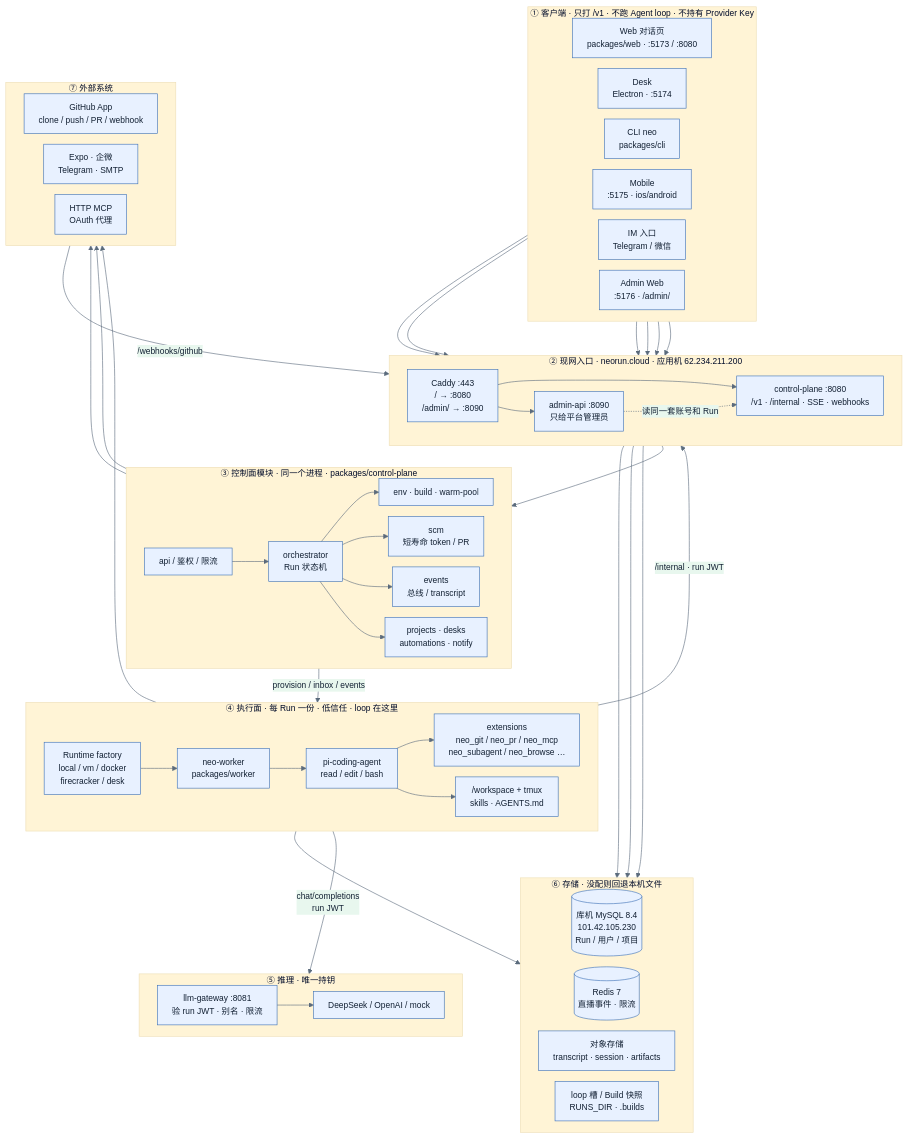
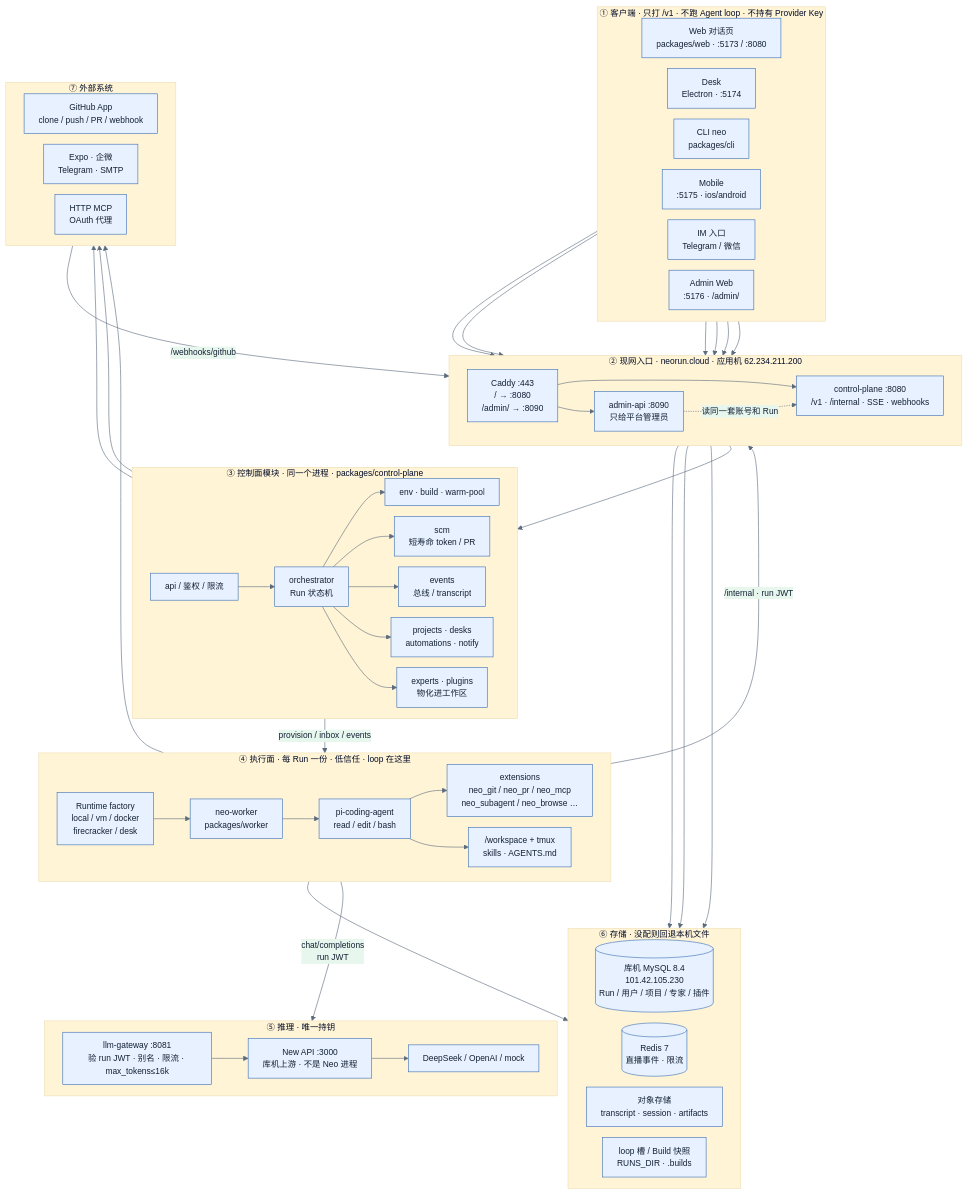
Before and after one commit to Neo2Agent/neo-cloud-agent: the diagram in docs/diagrams/architecture-complete.mmd, drawn with Mermaid. The commit also changed 7 other files, not shown here.

First line of the commit message:
Refresh architecture overview against current main.

```diff
--- a/docs/diagrams/architecture-complete.mmd
+++ b/docs/diagrams/architecture-complete.mmd
@@ -1,127 +1,131 @@
 %%{init: {
   "theme": "base",
   "themeVariables": {
     "fontFamily": "ui-sans-serif, system-ui, sans-serif",
     "fontSize": "14px",
     "primaryColor": "#e8f1ff",
     "primaryTextColor": "#122033",
     "primaryBorderColor": "#3b6fb6",
     "lineColor": "#5b6b7c",
     "secondaryColor": "#e8f7ee",
     "tertiaryColor": "#fff4d6"
   },
   "flowchart": {
     "curve": "basis",
     "nodeSpacing": 18,
     "rankSpacing": 36,
     "padding": 12,
     "htmlLabels": true
   }
 }}%%
 flowchart TB
   %% ── 客户端 ──
   subgraph clients["① 客户端 · 只打 /v1 · 不跑 Agent loop · 不持有 Provider Key"]
     direction LR
     Web["Web 对话页<br/>packages/web · :5173 / :8080"]
     Desk["Desk<br/>Electron · :5174"]
     CLI["CLI neo<br/>packages/cli"]
     Mobile["Mobile<br/>:5175 · ios/android"]
     IM["IM 入口<br/>Telegram / 微信"]
     AdminWeb["Admin Web<br/>:5176 · /admin/"]
   end
 
   %% ── 入口 ──
   subgraph edge["② 现网入口 · neorun.cloud · 应用机 62.234.211.200"]
     direction LR
     Caddy["Caddy :443<br/>/ → :8080<br/>/admin/ → :8090"]
     CP["control-plane :8080<br/>/v1 · /internal · SSE · webhooks"]
     AdminAPI["admin-api :8090<br/>只给平台管理员"]
   end
 
   %% ── 控制面模块 ──
   subgraph control["③ 控制面模块 · 同一个进程 · packages/control-plane"]
     direction LR
     API["api / 鉴权 / 限流"]
     Orch["orchestrator<br/>Run 状态机"]
     Env["env · build · warm-pool"]
     SCM["scm<br/>短寿命 token / PR"]
     Events["events<br/>总线 / transcript"]
     Collab["projects · desks<br/>automations · notify"]
+    Catalog["experts · plugins<br/>物化进工作区"]
   end
 
   %% ── 执行面 ──
   subgraph exec["④ 执行面 · 每 Run 一份 · 低信任 · loop 在这里"]
     direction LR
     Runtime["Runtime factory<br/>local / vm / docker<br/>firecracker / desk"]
     Worker["neo-worker<br/>packages/worker"]
     Pi["pi-coding-agent<br/>read / edit / bash"]
     Ext["extensions<br/>neo_git / neo_pr / neo_mcp<br/>neo_subagent / neo_browse …"]
     WS["/workspace + tmux<br/>skills · AGENTS.md"]
   end
 
   %% ── 推理 ──
   subgraph llm["⑤ 推理 · 唯一持钥"]
     direction LR
-    GW["llm-gateway :8081<br/>验 run JWT · 别名 · 限流"]
+    GW["llm-gateway :8081<br/>验 run JWT · 别名 · 限流 · max_tokens≤16k"]
+    NewAPI["New API :3000<br/>库机上游 · 不是 Neo 进程"]
     Provider["DeepSeek / OpenAI / mock"]
   end
 
   %% ── 存储 ──
   subgraph store["⑥ 存储 · 没配则回退本机文件"]
     direction LR
-    MySQL[("库机 MySQL 8.4<br/>101.42.105.230<br/>Run / 用户 / 项目")]
+    MySQL[("库机 MySQL 8.4<br/>101.42.105.230<br/>Run / 用户 / 项目 / 专家 / 插件")]
     Redis[("Redis 7<br/>直播事件 · 限流")]
     Objects["对象存储<br/>transcript · session · artifacts"]
     Slots["loop 槽 / Build 快照<br/>RUNS_DIR · .builds"]
   end
 
   %% ── 外部 ──
   subgraph ext["⑦ 外部系统"]
     direction LR
     GitHub["GitHub App<br/>clone / push / PR / webhook"]
     Push["Expo · 企微<br/>Telegram · SMTP"]
     MCP["HTTP MCP<br/>OAuth 代理"]
   end
 
   %% 客户端 → 入口
   Web --> Caddy
   AdminWeb --> Caddy
   Desk --> CP
   CLI --> CP
   Mobile --> CP
   IM --> CP
   Caddy --> CP
   Caddy --> AdminAPI
   AdminAPI -.->|"读同一套账号和 Run"| CP
 
   %% 控制面内部
   CP --> API
   API --> Orch
   Orch --> Env
   Orch --> SCM
   Orch --> Events
   Orch --> Collab
+  Orch --> Catalog
 
   %% 编排 → 执行
   Orch -->|"provision / inbox / events"| Runtime
   Runtime --> Worker
   Worker --> Pi
   Pi --> Ext
   Pi --> WS
   Worker -->|"/internal · run JWT"| CP
 
   %% 推理：loop 在 VM，Key 在 Gateway
   Pi -->|"chat/completions<br/>run JWT"| GW
-  GW --> Provider
+  GW --> NewAPI
+  NewAPI --> Provider
 
   %% 存储
   CP --> MySQL
   CP --> Redis
   CP --> Objects
   Runtime --> Slots
 
   %% 外部
   SCM --> GitHub
   Collab --> Push
   Ext --> MCP
   GitHub -->|"/webhooks/github"| CP
```
